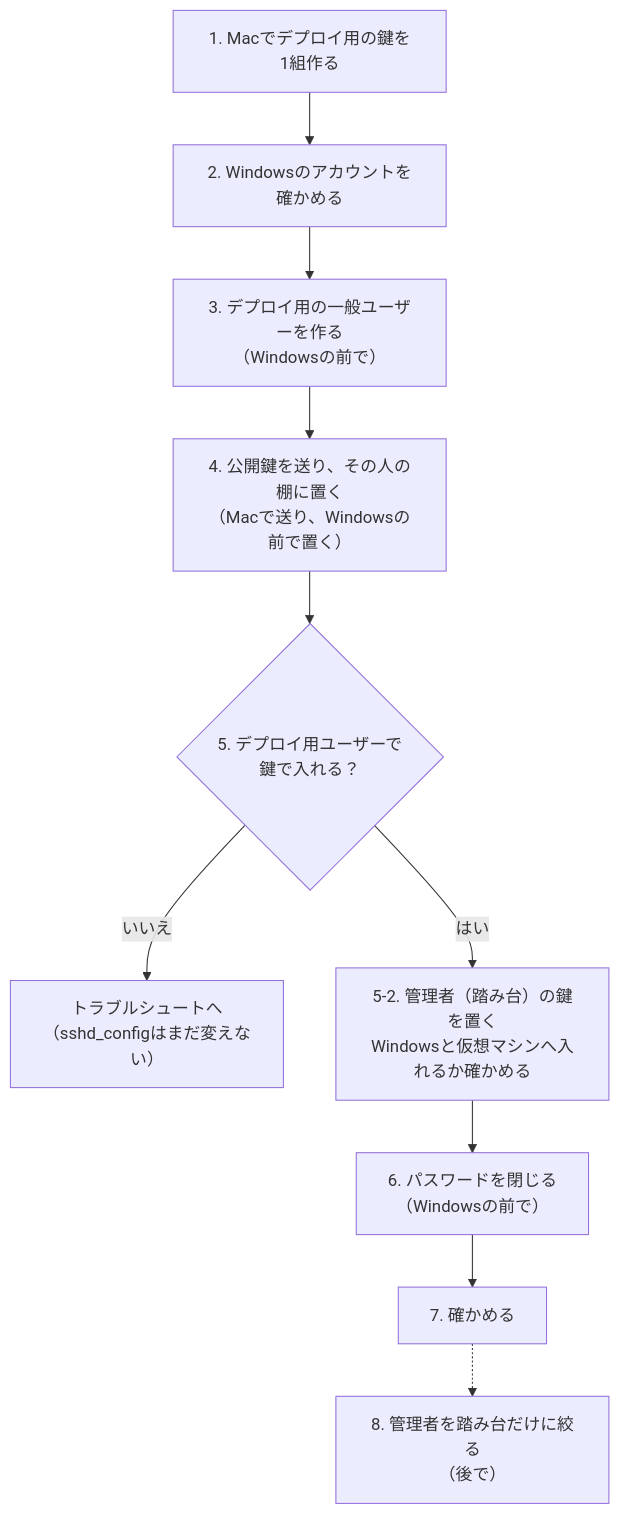
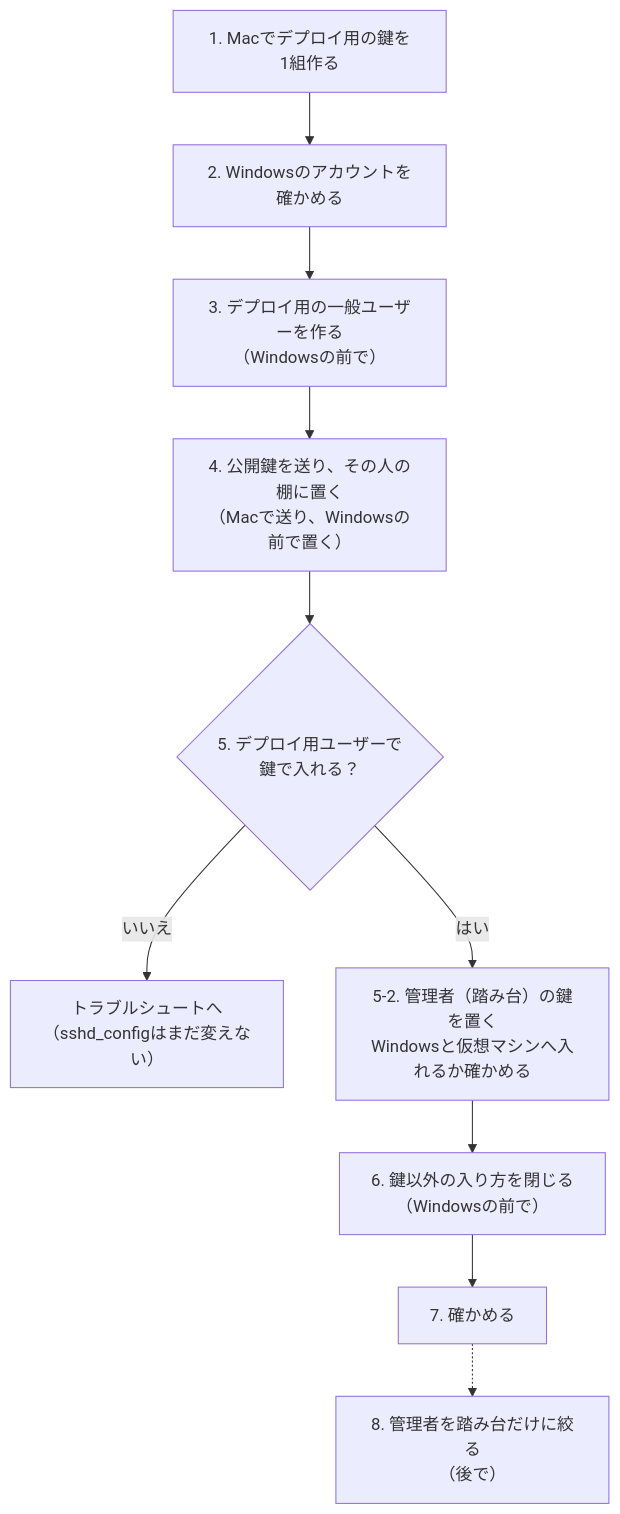
The diagram in docs/development/ssh-key-setup.md (mgmaru/card-digger), drawn with Mermaid before and after one commit. The commit also changed other lines of this file, not shown here.

````diff
--- a/docs/development/ssh-key-setup.md
+++ b/docs/development/ssh-key-setup.md
@@ -55,12 +55,12 @@
 ```mermaid
 flowchart TD
     A["1. Macでデプロイ用の鍵を1組作る"] --> B["2. Windowsのアカウントを確かめる"]
     B --> C["3. デプロイ用の一般ユーザーを作る<br/>（Windowsの前で）"]
     C --> D["4. 公開鍵を送り、その人の棚に置く<br/>（Macで送り、Windowsの前で置く）"]
     D --> E{"5. デプロイ用ユーザーで<br/>鍵で入れる？"}
     E -- "いいえ" --> T["トラブルシュートへ<br/>（sshd_configはまだ変えない）"]
     E -- "はい" --> H["5-2. 管理者（踏み台）の鍵を置く<br/>Windowsと仮想マシンへ入れるか確かめる"]
-    H --> F["6. パスワードを閉じる<br/>（Windowsの前で）"]
+    H --> F["6. 鍵以外の入り方を閉じる<br/>（Windowsの前で）"]
     F --> G["7. 確かめる"]
     G -.-> J["8. 管理者を踏み台だけに絞る<br/>（後で）"]
 ```
````
